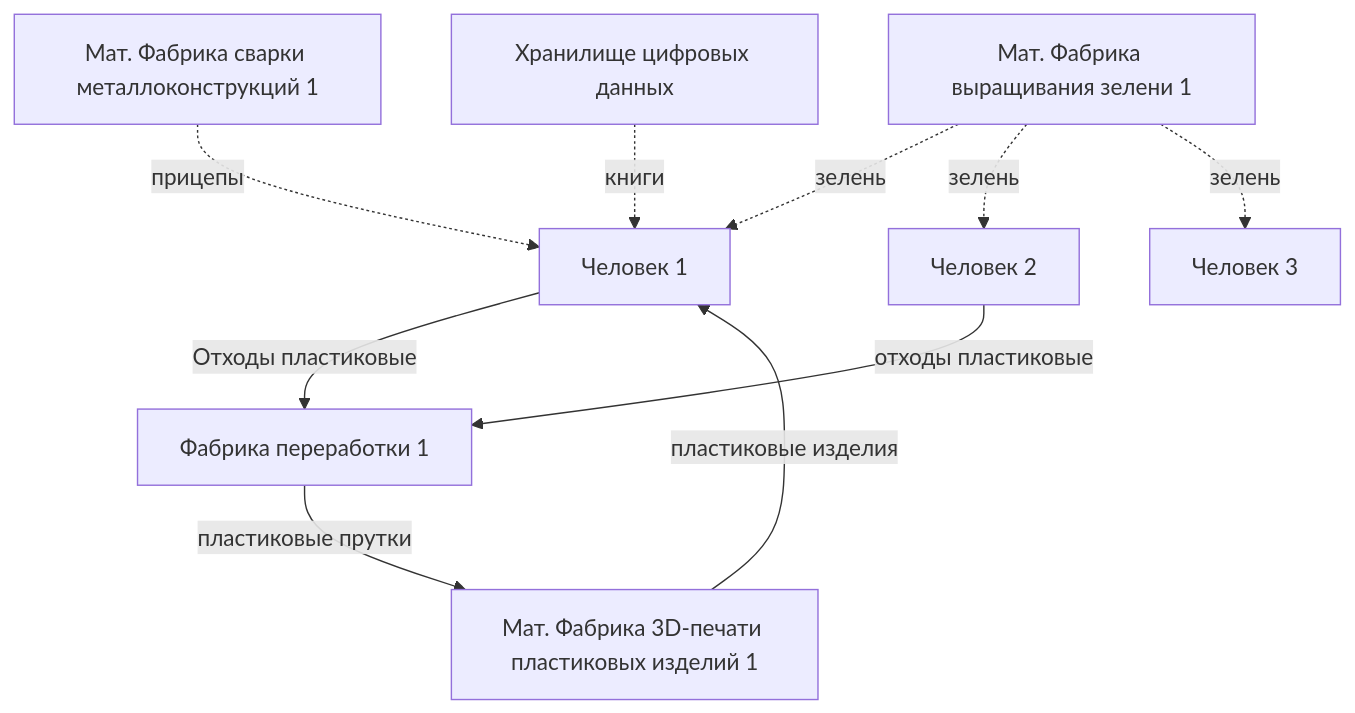
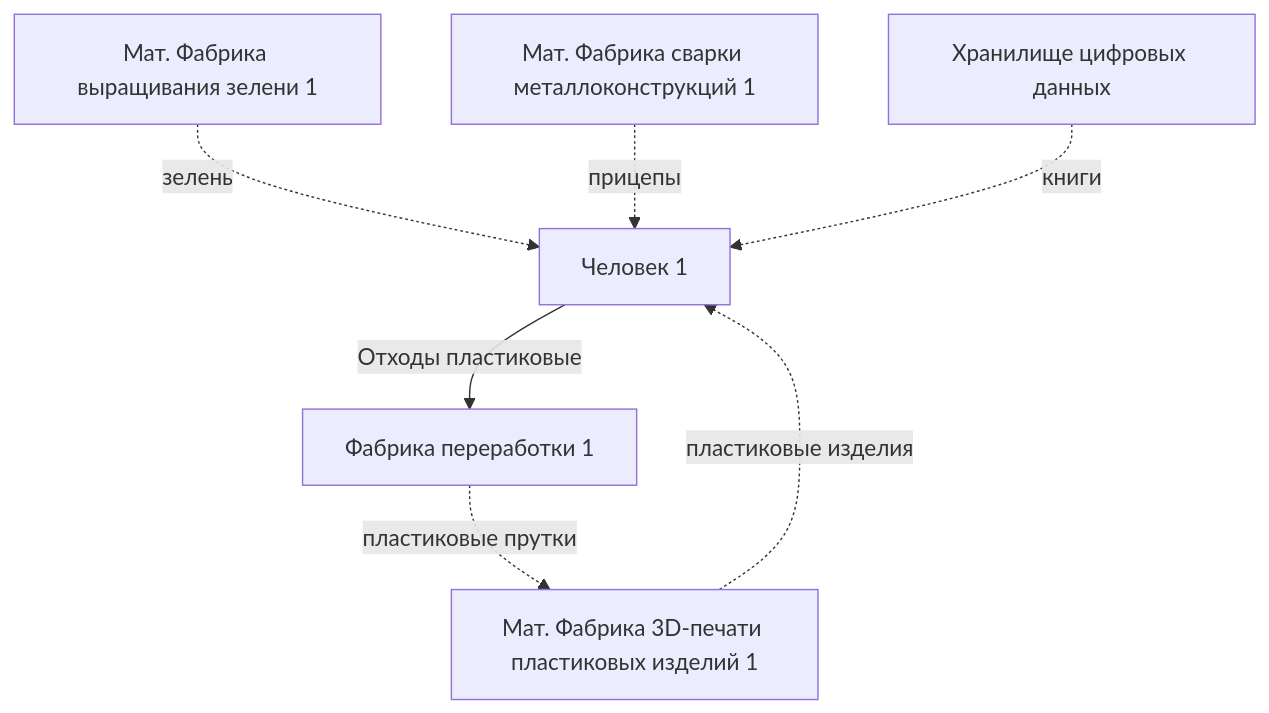
One commit to shyzik93/settlement_charter changed the diagram in ТекущийЭкономическийБазис.md. Above: the diagram before and after it, drawn with Mermaid.

````diff
--- a/ТекущийЭкономическийБазис.md
+++ b/ТекущийЭкономическийБазис.md
@@ -16,12 +16,9 @@
 ```mermaid
 flowchart TD
     A[Человек 1] --> |Отходы пластиковые|B[Фабрика переработки 1]
     C[Мат. Фабрика выращивания зелени 1] -.-> |зелень|A
-    C -.-> |зелень|F[Человек 2]
-    C -.-> |зелень|E[Человек 3]
     D[Мат. Фабрика сварки металлоконструкций 1] -.-> |прицепы|A
     G[Хранилище цифровых данных] -.-> |книги|A
-    F --> |отходы пластиковые|B
-    H[Мат. Фабрика 3D-печати пластиковых изделий 1] --> |пластиковые изделия|A
-    B --> |пластиковые прутки|H
+    H[Мат. Фабрика 3D-печати пластиковых изделий 1] -.-> |пластиковые изделия|A
+    B -.-> |пластиковые прутки|H
 ```
````
